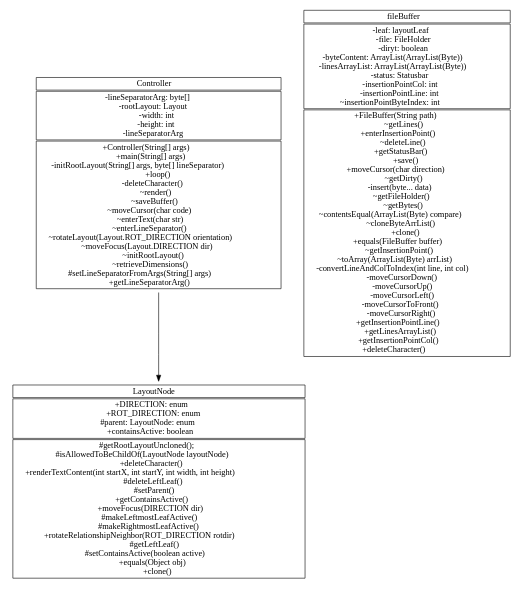
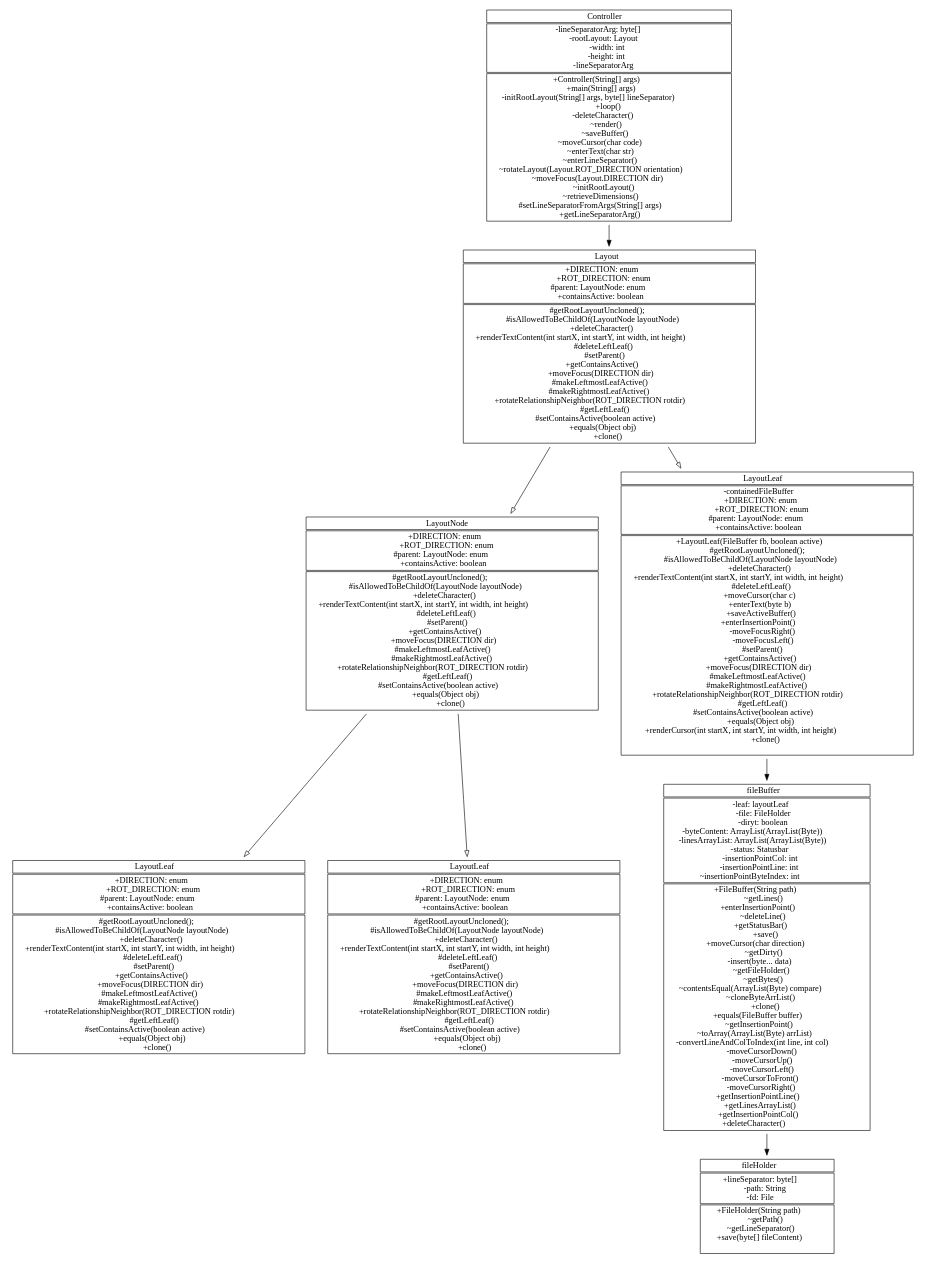
One commit to mikolaj33300/swop_textr changed the diagram in diagrams/iteration1/class.dot. Above: the diagram before and after it, drawn with Graphviz. The commit also changed 1 other file, not shown here.

Commit message:
add: most classes in class diag remove: unneede save function

```diff
--- a/diagrams/iteration1/class.dot
+++ b/diagrams/iteration1/class.dot
@@ -2,7 +2,109 @@
   node[shape=none]
 
   Layout[label=<<table BORDER="0" CELLBORDER="1">
+    <tr><td>Layout</td></tr>
+    <tr><td>+DIRECTION: enum<br/>
+      +ROT_DIRECTION: enum<br/>
+      #parent: LayoutNode: enum<br/>
+      +containsActive: boolean</td></tr>
+    <tr><td>#getRootLayoutUncloned();<br/>
+      #isAllowedToBeChildOf(LayoutNode layoutNode)<br/>
+      +deleteCharacter()<br/>
+      +renderTextContent(int startX, int startY, int width, int height)<br/>
+      #deleteLeftLeaf()<br/>
+      #setParent()<br/>
+      +getContainsActive()<br/>
+      +moveFocus(DIRECTION dir)<br/>
+      #makeLeftmostLeafActive()<br/>
+      #makeRightmostLeafActive()<br/>
+      +rotateRelationshipNeighbor(ROT_DIRECTION rotdir)<br/>
+      #getLeftLeaf()<br/>
+      #setContainsActive(boolean active)<br/>
+      +equals(Object obj)<br/>
+      +clone()</td></tr>
+    </table>>]
+
+  LayoutNode[label=<<table BORDER="0" CELLBORDER="1">
     <tr><td>LayoutNode</td></tr>
+    <tr><td>+DIRECTION: enum<br/>
+      +ROT_DIRECTION: enum<br/>
+      #parent: LayoutNode: enum<br/>
+      +containsActive: boolean</td></tr>
+    <tr><td>#getRootLayoutUncloned();<br/>
+      #isAllowedToBeChildOf(LayoutNode layoutNode)<br/>
+      +deleteCharacter()<br/>
+      +renderTextContent(int startX, int startY, int width, int height)<br/>
+      #deleteLeftLeaf()<br/>
+      #setParent()<br/>
+      +getContainsActive()<br/>
+      +moveFocus(DIRECTION dir)<br/>
+      #makeLeftmostLeafActive()<br/>
+      #makeRightmostLeafActive()<br/>
+      +rotateRelationshipNeighbor(ROT_DIRECTION rotdir)<br/>
+      #getLeftLeaf()<br/>
+      #setContainsActive(boolean active)<br/>
+      +equals(Object obj)<br/>
+      +clone()</td></tr>
+    </table>>]
+
+  LayoutLeaf[label=<<table BORDER="0" CELLBORDER="1">
+    <tr><td>LayoutLeaf</td></tr>
+    <tr><td>-containedFileBuffer<br/>
+    +DIRECTION: enum<br/>
+      +ROT_DIRECTION: enum<br/>
+      #parent: LayoutNode: enum<br/>
+      +containsActive: boolean</td></tr>
+    <tr><td>+LayoutLeaf(FileBuffer fb, boolean active)<br/>
+      #getRootLayoutUncloned();<br/>
+      #isAllowedToBeChildOf(LayoutNode layoutNode)<br/>
+      +deleteCharacter()<br/>
+      +renderTextContent(int startX, int startY, int width, int height)<br/>
+      #deleteLeftLeaf()<br/>
+      +moveCursor(char c)<br/>
+      +enterText(byte b)<br/>
+      +saveActiveBuffer()<br/>
+      +enterInsertionPoint()<br/>
+      -moveFocusRight()<br/>
+      -moveFocusLeft()<br/>
+      #setParent()<br/>
+      +getContainsActive()<br/>
+      +moveFocus(DIRECTION dir)<br/>
+      #makeLeftmostLeafActive()<br/>
+      #makeRightmostLeafActive()<br/>
+      +rotateRelationshipNeighbor(ROT_DIRECTION rotdir)<br/>
+      #getLeftLeaf()<br/>
+      #setContainsActive(boolean active)<br/>
+      +equals(Object obj)<br/>
+      +renderCursor(int startX, int startY, int width, int height)<br/>
+      +clone()<br/>
+      </td></tr>
+    </table>>]
+
+  LayoutNodeHorizontal[label=<<table BORDER="0" CELLBORDER="1">
+    <tr><td>LayoutLeaf</td></tr>
+    <tr><td>+DIRECTION: enum<br/>
+      +ROT_DIRECTION: enum<br/>
+      #parent: LayoutNode: enum<br/>
+      +containsActive: boolean</td></tr>
+    <tr><td>#getRootLayoutUncloned();<br/>
+      #isAllowedToBeChildOf(LayoutNode layoutNode)<br/>
+      +deleteCharacter()<br/>
+      +renderTextContent(int startX, int startY, int width, int height)<br/>
+      #deleteLeftLeaf()<br/>
+      #setParent()<br/>
+      +getContainsActive()<br/>
+      +moveFocus(DIRECTION dir)<br/>
+      #makeLeftmostLeafActive()<br/>
+      #makeRightmostLeafActive()<br/>
+      +rotateRelationshipNeighbor(ROT_DIRECTION rotdir)<br/>
+      #getLeftLeaf()<br/>
+      #setContainsActive(boolean active)<br/>
+      +equals(Object obj)<br/>
+      +clone()</td></tr>
+    </table>>]
+  
+  LayoutNodeVertical[label=<<table BORDER="0" CELLBORDER="1">
+    <tr><td>LayoutLeaf</td></tr>
     <tr><td>+DIRECTION: enum<br/>
       +ROT_DIRECTION: enum<br/>
       #parent: LayoutNode: enum<br/>
@@ -90,5 +192,21 @@
       #setLineSeparatorFromArgs(String[] args)<br/>
       +getLineSeparatorArg()</td></tr>
     </table>>]
-  controller -> Layout
+
+    fileHolder[label=<<table BORDER="0" CELLBORDER="1"><tr><td>
+        fileHolder
+      </td></tr><tr><td>
+        +lineSeparator: byte[]<br/>
+        -path: String<br/>
+        -fd: File
+      </td></tr><tr><td>
+        +FileHolder(String path)<br/>
+        ~getPath()<br/>
+        ~getLineSeparator()<br/>
+        +save(byte[] fileContent)<br/>
+      </td></tr></table>>]
+  controller -> Layout 
+  Layout -> {LayoutNode, LayoutLeaf}[arrowhead=onormal]
+  LayoutNode -> {LayoutNodeHorizontal, LayoutNodeVertical}[arrowhead=onormal]
+  LayoutLeaf -> fileBuffer -> fileHolder
 }
```
